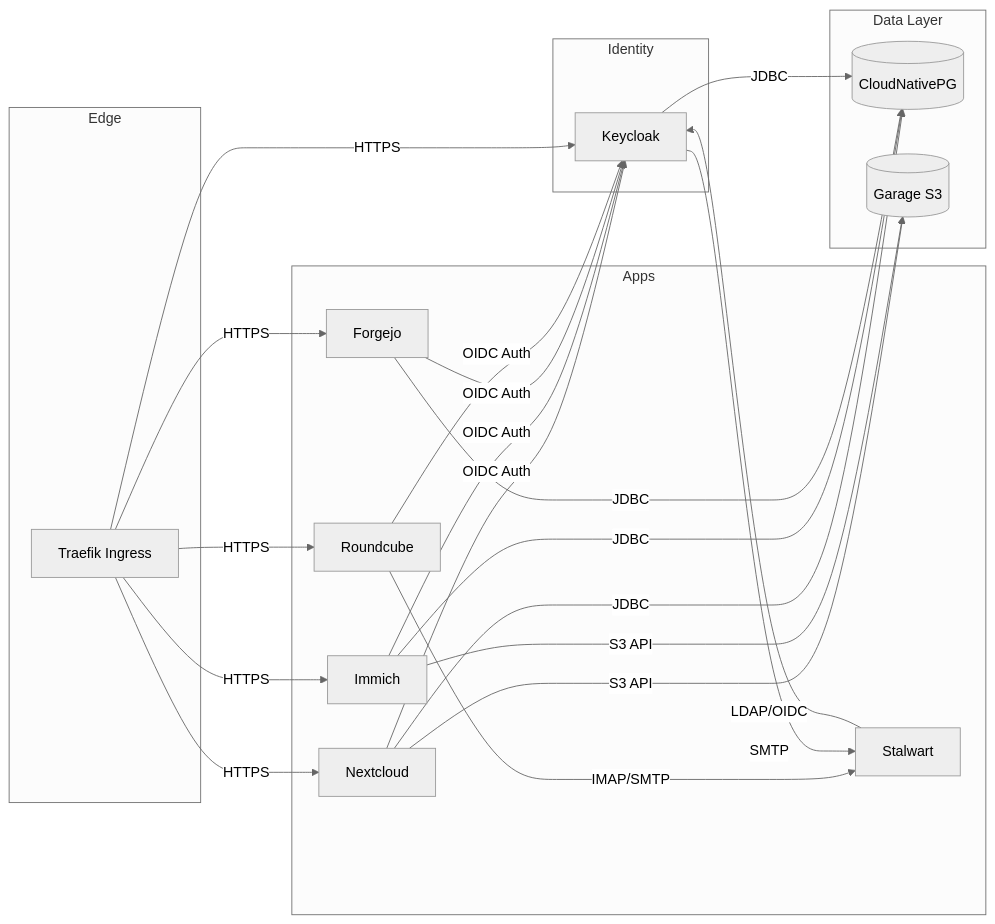
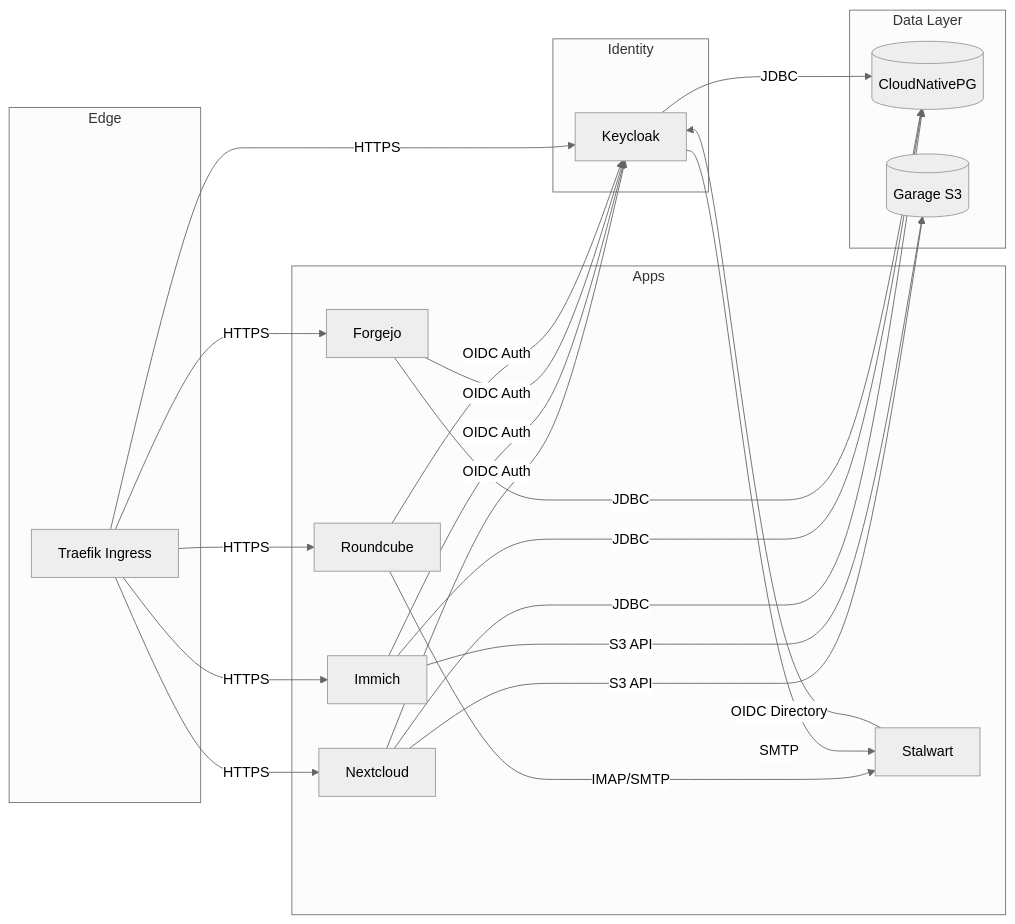
One commit to stephan271/smallworlds changed the second of 2 diagrams in smallworlds_architecture.md. Above: the diagram before and after it, drawn with Mermaid (neutral theme). The commit also changed other lines of this file and 1 other file, not shown here.

First line of the commit message:
docs(architecture): correct six stale details to match manifests

````diff
--- a/smallworlds_architecture.md
+++ b/smallworlds_architecture.md
@@ -83,46 +83,46 @@
 ```mermaid
 flowchart LR
     subgraph Edge
         T[Traefik Ingress]
     end
 
     subgraph Identity
         KC[Keycloak]
     end
 
     subgraph Data Layer
         CNPG[(CloudNativePG)]
         S3[(Garage S3)]
     end
 
     subgraph Apps
         NC[Nextcloud]
         IM[Immich]
         GIT[Forgejo]
         MAIL[Stalwart]
         RC[Roundcube]
     end
 
     T -->|HTTPS| KC
     T -->|HTTPS| NC
     T -->|HTTPS| IM
     T -->|HTTPS| GIT
     T -->|HTTPS| RC
 
     NC -->|OIDC Auth| KC
     IM -->|OIDC Auth| KC
     GIT -->|OIDC Auth| KC
     RC -->|OIDC Auth| KC
-    MAIL -->|LDAP/OIDC| KC
+    MAIL -->|OIDC Directory| KC
 
     KC -->|JDBC| CNPG
     NC -->|JDBC| CNPG
     IM -->|JDBC| CNPG
     GIT -->|JDBC| CNPG
 
     NC -->|S3 API| S3
     IM -->|S3 API| S3
 
     RC -->|IMAP/SMTP| MAIL
     KC -->|SMTP| MAIL
 ```
````
